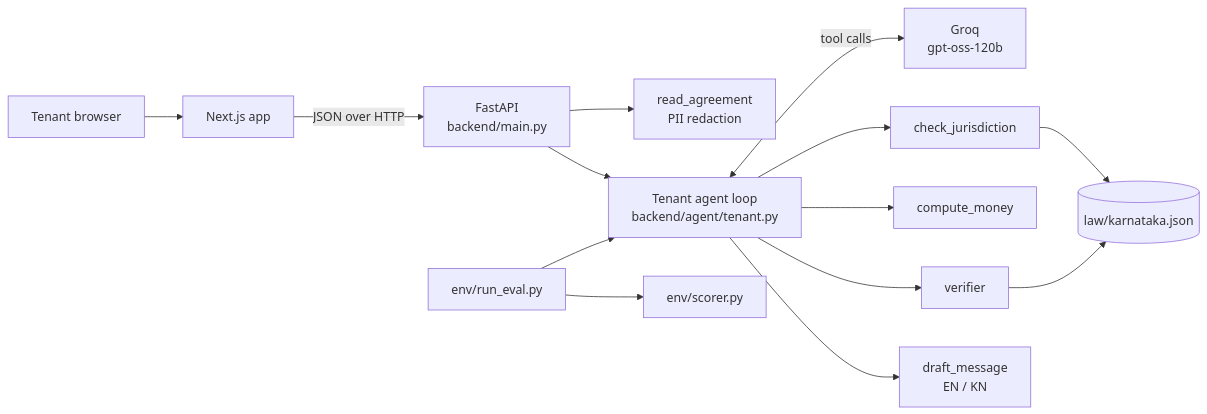
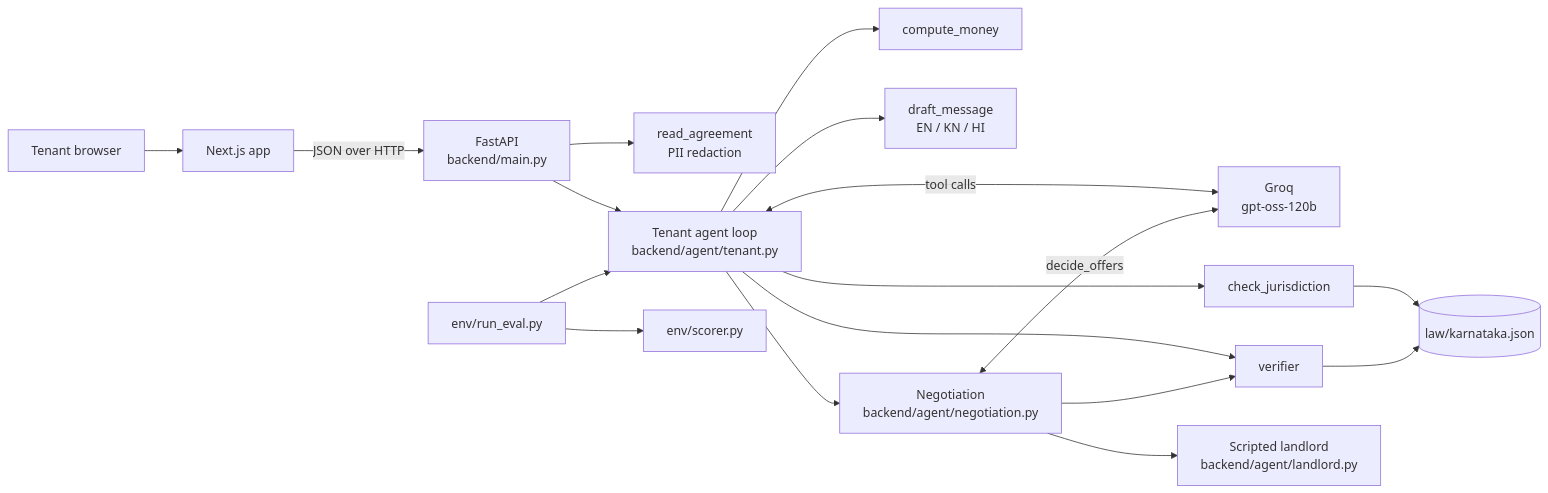
One commit to ekkerihasan/dhara changed the diagram in README.md. Above: the diagram before and after it, drawn with Mermaid. The commit also changed other lines of this file and 54 other files, not shown here.

````diff
--- a/README.md
+++ b/README.md
@@ -131,16 +144,20 @@
 ```mermaid
 flowchart LR
     T[Tenant browser] --> F[Next.js app]
     F -->|JSON over HTTP| A[FastAPI<br/>backend/main.py]
     A --> R[read_agreement<br/>PII redaction]
     A --> G[Tenant agent loop<br/>backend/agent/tenant.py]
     G <-->|tool calls| M[Groq<br/>gpt-oss-120b]
     G --> J[check_jurisdiction]
     G --> C[compute_money]
     G --> V[verifier]
-    G --> D[draft_message<br/>EN / KN]
+    G --> D[draft_message<br/>EN / KN / HI]
+    G --> N[Negotiation<br/>backend/agent/negotiation.py]
+    N <-->|decide_offers| M
+    N --> O[Scripted landlord<br/>backend/agent/landlord.py]
+    N --> V
     J --> L[(law/karnataka.json)]
     V --> L
     E[env/run_eval.py] --> G
     E --> S[env/scorer.py]
 ```
````
